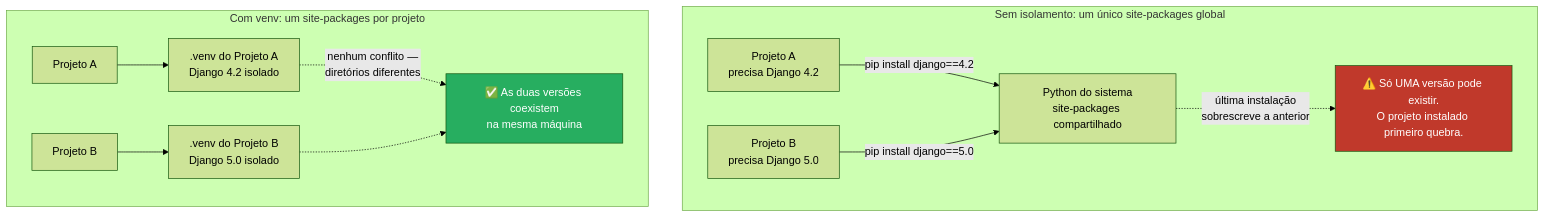
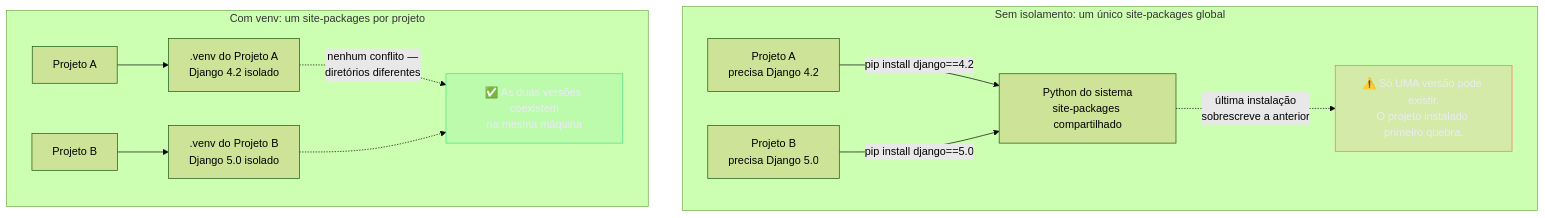
One commit to josenaldo/codex-technomanticus changed the diagram in 03-Dominios/Tecnologia/Python/Build e tooling/02 - Virtual environments — isolamento de dependências.md. Above: the diagram before and after it, drawn with Mermaid (forest theme). The commit also changed 1181 other files, not shown here.

First line of the commit message:
fix(diagramas): paleta do sistema no lugar de cor cravada no markdown

````diff
--- a/03-Dominios/Tecnologia/Python/Build e tooling/02 - Virtual environments — isolamento de dependências.md
+++ b/03-Dominios/Tecnologia/Python/Build e tooling/02 - Virtual environments — isolamento de dependências.md
@@ -148,21 +148,23 @@
 ```mermaid
 flowchart TB
+    classDef falha fill:#FF6B6B24,stroke:#FF6B6B,color:#E9ECF2
+    classDef ok fill:#4ADE8021,stroke:#4ADE80,color:#E9ECF2
     subgraph Global["Sem isolamento: um único site-packages global"]
         G["Python do sistema<br/>site-packages compartilhado"]
         PA["Projeto A<br/>precisa Django 4.2"] -->|"pip install django==4.2"| G
         PB["Projeto B<br/>precisa Django 5.0"] -->|"pip install django==5.0"| G
         G -.->|"última instalação<br/>sobrescreve a anterior"| Conflito["⚠️ Só UMA versão pode existir.<br/>O projeto instalado primeiro quebra."]
     end
 
     subgraph Isolado["Com venv: um site-packages por projeto"]
         VA[".venv do Projeto A<br/>Django 4.2 isolado"]
         VB[".venv do Projeto B<br/>Django 5.0 isolado"]
         PA2["Projeto A"] --> VA
         PB2["Projeto B"] --> VB
         VA -.->|"nenhum conflito —<br/>diretórios diferentes"| OK["✅ As duas versões coexistem<br/>na mesma máquina"]
         VB -.-> OK
     end
 
-    style Conflito fill:#c0392b,color:#fff
-    style OK fill:#27ae60,color:#fff
+    class Conflito falha
+    class OK ok
 ```
````
